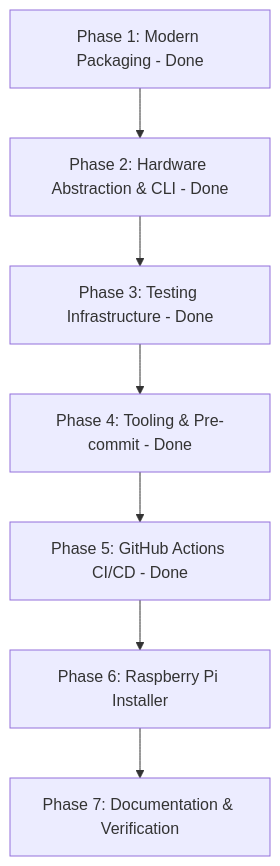
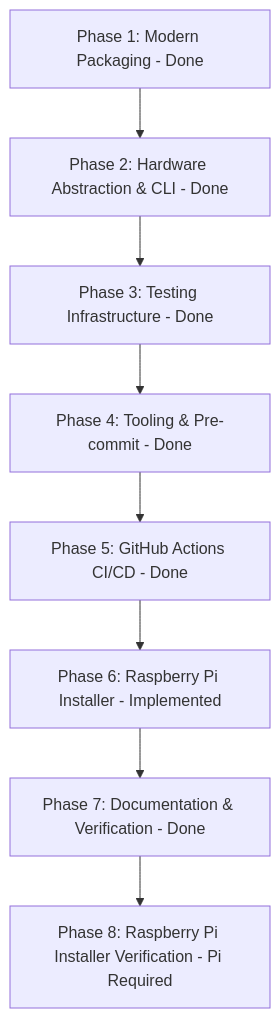
Before and after one commit to szigyi/auto-zoom-controller: the diagram in docs/plans/modernization_plan.md, drawn with Mermaid. The commit also changed other lines of this file and 3 other files, not shown here.

````diff
--- a/docs/plans/modernization_plan.md
+++ b/docs/plans/modernization_plan.md
@@ -43,9 +43,10 @@
 ```mermaid
 graph TD
     P1[Phase 1: Modern Packaging - Done] --> P2[Phase 2: Hardware Abstraction & CLI - Done]
     P2 --> P3[Phase 3: Testing Infrastructure - Done]
     P3 --> P4[Phase 4: Tooling & Pre-commit - Done]
     P4 --> P5[Phase 5: GitHub Actions CI/CD - Done]
-    P5 --> P6[Phase 6: Raspberry Pi Installer]
-    P6 --> P7[Phase 7: Documentation & Verification]
+    P5 --> P6[Phase 6: Raspberry Pi Installer - Implemented]
+    P6 --> P7[Phase 7: Documentation & Verification - Done]
+    P7 --> P8[Phase 8: Raspberry Pi Installer Verification - Pi Required]
 ```
````
